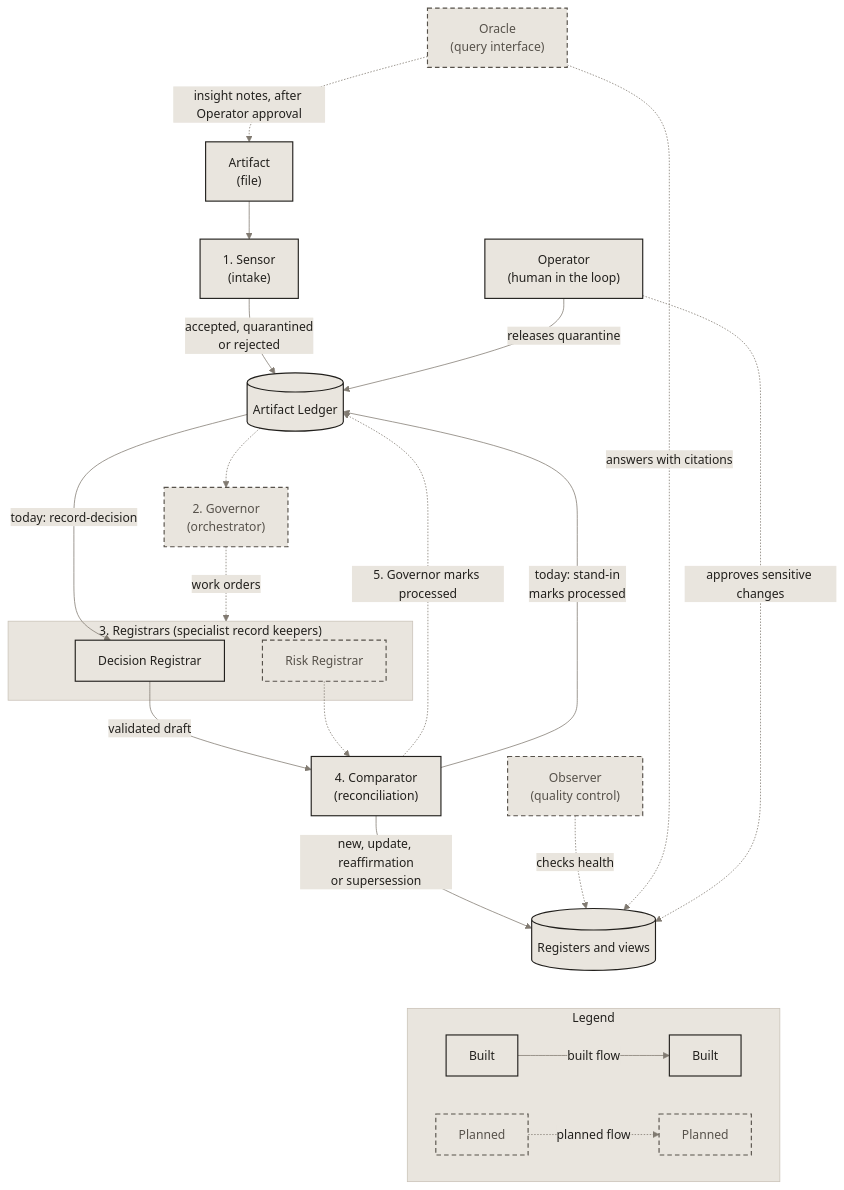
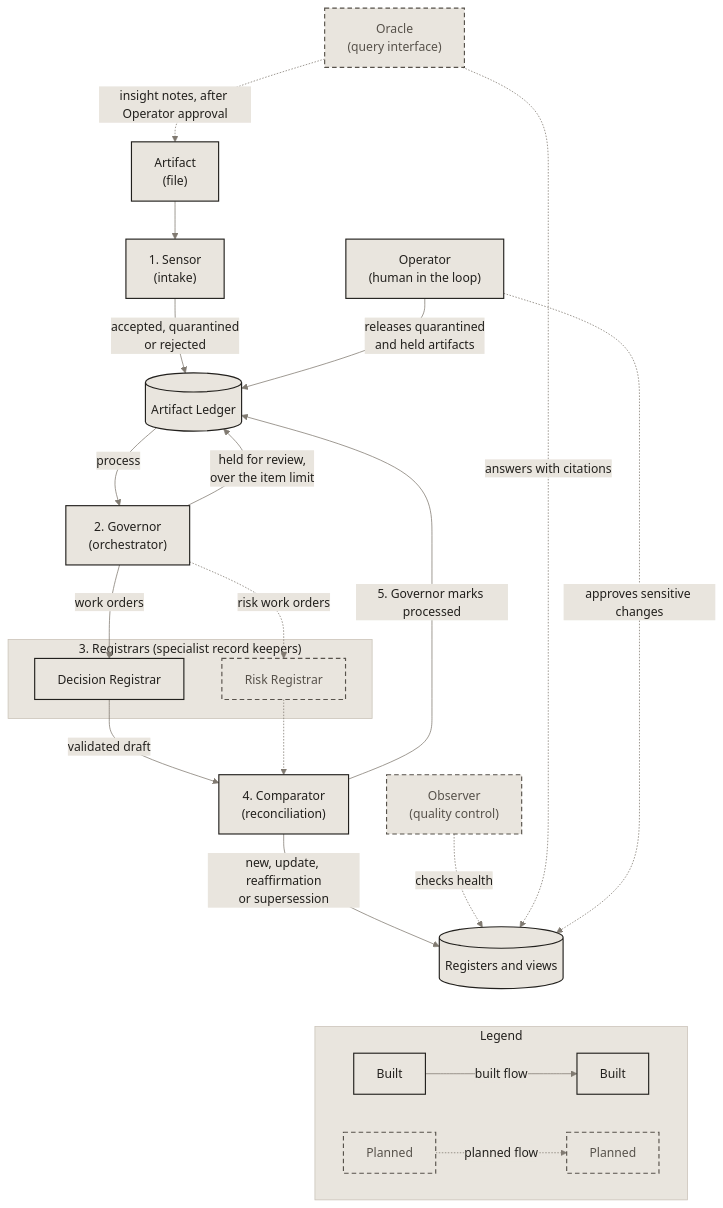
The diagram in README.md (miguelmog10/knowledge-automata), drawn with Mermaid before and after one commit. The commit also changed other lines of this file and 82 other files, not shown here.

Commit message:
feat: add the Governor (orchestrator) (handoff 007) (#15)

```diff
--- a/README.md
+++ b/README.md
@@ -102,12 +103,12 @@
   classDef planned fill:#e9e5de,stroke:#57524b,stroke-width:1.5px,stroke-dasharray:6 4,color:#57524b
   classDef focus fill:#e9e5de,stroke:#9c4426,stroke-width:3px,color:#22201d
   accTitle: The closed loop for one artifact
-  accDescr: An artifact enters through the Sensor, which records it in the Artifact Ledger. The planned Governor sends work orders to the Registrars, which draft records that code validates. The Comparator compares each validated draft with related records and code applies the write rule (new, update, reaffirmation or supersession); the Governor then marks the artifact processed in the Ledger. Today the record-decision command sends an accepted artifact straight to the Decision Registrar, then the Comparator, and a pipeline stand-in marks it processed. The Operator releases quarantined files today; the Observer and Oracle are planned, and Oracle insight notes approved by the Operator will re-enter as new artifacts through the Sensor.
+  accDescr: An artifact enters through the Sensor, which records it in the Artifact Ledger. The Governor reads it once and sends a work order for each item to the Registrars, which draft records that code validates. The Comparator compares each validated draft with related records and code applies the write rule (new, update, reaffirmation or supersession); the Governor then marks the artifact processed in the Ledger, or holds it for review when it has more items than the limit. Risk work orders wait until the Risk Registrar exists. The Operator releases quarantined and held artifacts; the Observer and Oracle are planned, and Oracle insight notes approved by the Operator will re-enter as new artifacts through the Sensor.
 
   artifact["Artifact<br/>(file)"]:::built
   sensor["1. Sensor<br/>(intake)"]:::built
   ledger[("Artifact Ledger")]:::built
-  governor["2. Governor<br/>(orchestrator)"]:::planned
+  governor["2. Governor<br/>(orchestrator)"]:::built
   subgraph registrars["3. Registrars (specialist record keepers)"]
     decision["Decision Registrar"]:::built
     risk["Risk Registrar"]:::planned
@@ -121,15 +122,15 @@
 
   artifact --> sensor
   sensor -- "accepted, quarantined<br/>or rejected" --> ledger
-  operator -- "releases quarantine" --> ledger
-  ledger -.-> governor
-  governor -. "work orders" .-> registrars
-  ledger -- "today: record-decision" --> decision
+  operator -- "releases quarantined<br/>and held artifacts" --> ledger
+  ledger -- "process" --> governor
+  governor -- "work orders" --> decision
+  governor -. "risk work orders" .-> risk
   decision -- "validated draft" --> comparator
   risk -.-> comparator
   comparator -- "new, update, reaffirmation<br/>or supersession" --> registers
-  comparator -. "5. Governor marks processed" .-> ledger
-  comparator -- "today: stand-in<br/>marks processed" --> ledger
+  comparator -- "5. Governor marks processed" --> ledger
+  governor -- "held for review,<br/>over the item limit" --> ledger
   observer -. "checks health" .-> registers
   oracle -. "answers with citations" .-> registers
   operator -. "approves sensitive changes" .-> registers
```
